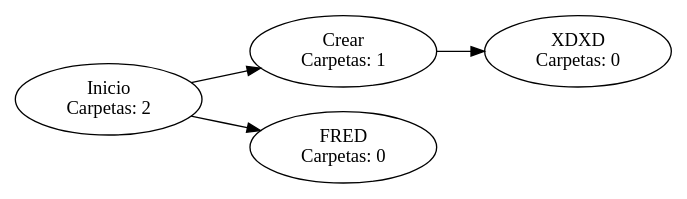
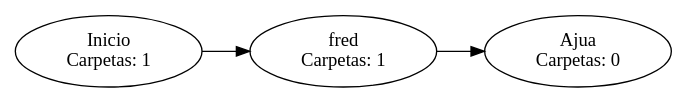
Before and after one commit to fraced97/EDD_2S2019_PY2_201700350: the diagram in Grafo.dot, drawn with Graphviz. The commit also changed 12 other files, not shown here.

```diff
--- a/Grafo.dot
+++ b/Grafo.dot
@@ -1,13 +1,10 @@
 digraph G {
 
 rankdir=LR;
 "Inicio
-Carpetas: 2"->"Crear
+Carpetas: 1"->"fred
 Carpetas: 1";
-"Inicio
-Carpetas: 2"->"FRED
-Carpetas: 0";
-"Crear
-Carpetas: 1"->"XDXD
+"fred
+Carpetas: 1"->"Ajua
 Carpetas: 0";
 }
```
